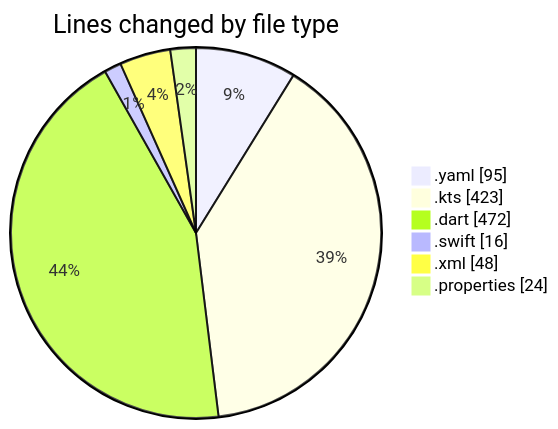
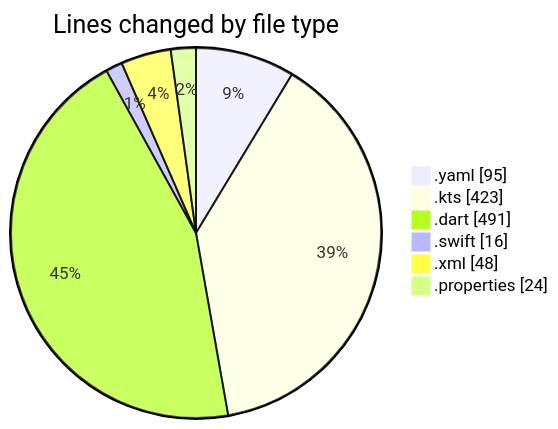
One commit to donsfak/code-tracking changed the first of 2 diagrams in 2025-02-16/uber_clone/README.md. Above: the diagram before and after it, drawn with Mermaid. The commit also changed other lines of this file and 1 other file, not shown here.

````diff
--- a/2025-02-16/uber_clone/README.md
+++ b/2025-02-16/uber_clone/README.md
@@ -29,10 +30,10 @@
 ```mermaid
 pie showData
 title Lines changed by file type
 ".yaml" : 95
 ".kts" : 423
-".dart" : 472
+".dart" : 491
 ".swift" : 16
 ".xml" : 48
 ".properties" : 24
 ```
````
